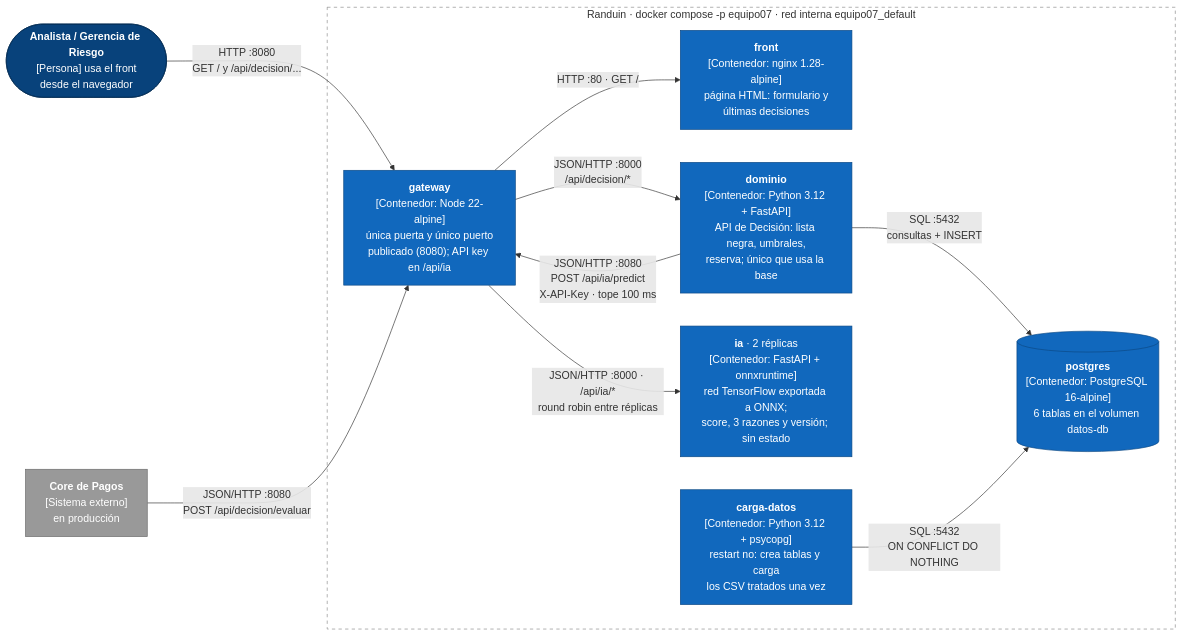
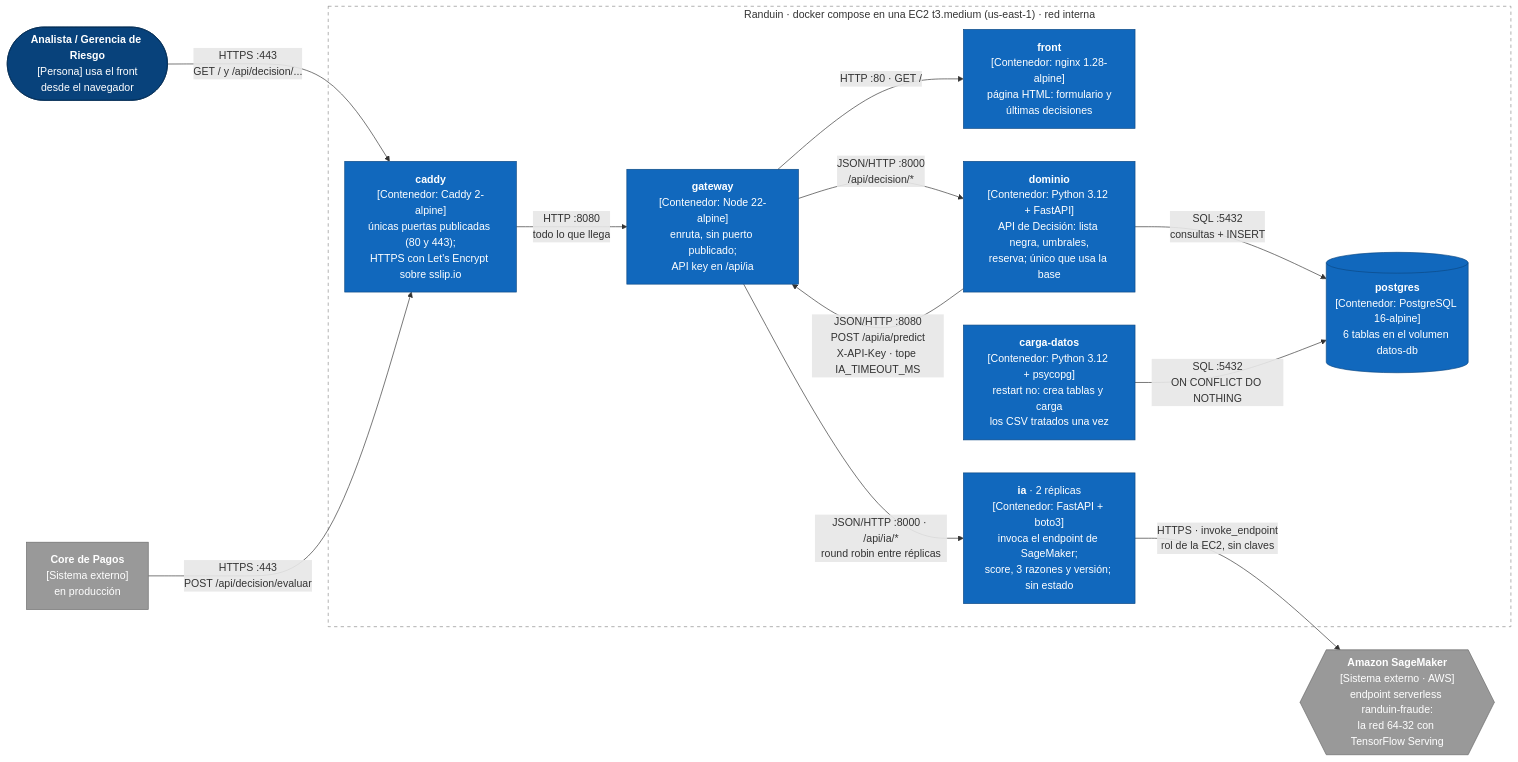
The fourth of 10 diagrams in docs/arquitectura/README.md (mochaviruss/randuin), drawn with Mermaid before and after one commit. The commit also changed 9 other files, not shown here.

Commit message:
Despliegue: Caddy con HTTPS sobre sslip.io y compose con imagenes ep3

````diff
--- a/docs/arquitectura/README.md
+++ b/docs/arquitectura/README.md
@@ -112,25 +112,29 @@
 ```mermaid
 flowchart LR
   classDef persona fill:#08427b,stroke:#052e56,color:#fff
   classDef cont fill:#1168bd,stroke:#0b4884,color:#fff
   classDef ext fill:#999,stroke:#6b6b6b,color:#fff
   usuario(["<b>Analista / Gerencia de Riesgo</b><br/>[Persona] usa el front<br/>desde el navegador"]):::persona
   core["<b>Core de Pagos</b><br/>[Sistema externo]<br/>en producción"]:::ext
-  subgraph randuin["Randuin · docker compose -p equipo07 · red interna equipo07_default"]
-    gateway["<b>gateway</b><br/>[Contenedor: Node 22-alpine]<br/>única puerta y único puerto<br/>publicado (8080); API key en /api/ia"]:::cont
+  sm{{"<b>Amazon SageMaker</b><br/>[Sistema externo · AWS]<br/>endpoint serverless randuin-fraude:<br/>la red 64-32 con TensorFlow Serving"}}:::ext
+  subgraph randuin["Randuin · docker compose en una EC2 t3.medium (us-east-1) · red interna"]
+    caddy["<b>caddy</b><br/>[Contenedor: Caddy 2-alpine]<br/>únicas puertas publicadas (80 y 443);<br/>HTTPS con Let's Encrypt sobre sslip.io"]:::cont
+    gateway["<b>gateway</b><br/>[Contenedor: Node 22-alpine]<br/>enruta, sin puerto publicado;<br/>API key en /api/ia"]:::cont
     front["<b>front</b><br/>[Contenedor: nginx 1.28-alpine]<br/>página HTML: formulario y<br/>últimas decisiones"]:::cont
     dominio["<b>dominio</b><br/>[Contenedor: Python 3.12 + FastAPI]<br/>API de Decisión: lista negra, umbrales,<br/>reserva; único que usa la base"]:::cont
-    ia["<b>ia</b> · 2 réplicas<br/>[Contenedor: FastAPI + onnxruntime]<br/>red TensorFlow exportada a ONNX;<br/>score, 3 razones y versión; sin estado"]:::cont
+    ia["<b>ia</b> · 2 réplicas<br/>[Contenedor: FastAPI + boto3]<br/>invoca el endpoint de SageMaker;<br/>score, 3 razones y versión; sin estado"]:::cont
     postgres[("<b>postgres</b><br/>[Contenedor: PostgreSQL 16-alpine]<br/>6 tablas en el volumen datos-db")]:::cont
     carga_datos["<b>carga-datos</b><br/>[Contenedor: Python 3.12 + psycopg]<br/>restart no: crea tablas y carga<br/>los CSV tratados una vez"]:::cont
   end
-  usuario -->|"HTTP :8080<br/>GET / y /api/decision/..."| gateway
-  core -->|"JSON/HTTP :8080<br/>POST /api/decision/evaluar"| gateway
+  usuario -->|"HTTPS :443<br/>GET / y /api/decision/..."| caddy
+  core -->|"HTTPS :443<br/>POST /api/decision/evaluar"| caddy
+  caddy -->|"HTTP :8080<br/>todo lo que llega"| gateway
   gateway -->|"HTTP :80 · GET /"| front
   gateway -->|"JSON/HTTP :8000<br/>/api/decision/*"| dominio
-  dominio -->|"JSON/HTTP :8080<br/>POST /api/ia/predict<br/>X-API-Key · tope 100 ms"| gateway
+  dominio -->|"JSON/HTTP :8080<br/>POST /api/ia/predict<br/>X-API-Key · tope IA_TIMEOUT_MS"| gateway
   gateway -->|"JSON/HTTP :8000 · /api/ia/*<br/>round robin entre réplicas"| ia
+  ia -->|"HTTPS · invoke_endpoint<br/>rol de la EC2, sin claves"| sm
   dominio -->|"SQL :5432<br/>consultas + INSERT"| postgres
   carga_datos -->|"SQL :5432<br/>ON CONFLICT DO NOTHING"| postgres
   style randuin fill:#ffffff,stroke:#8A8A8A,stroke-dasharray:5 5
 ```
````
